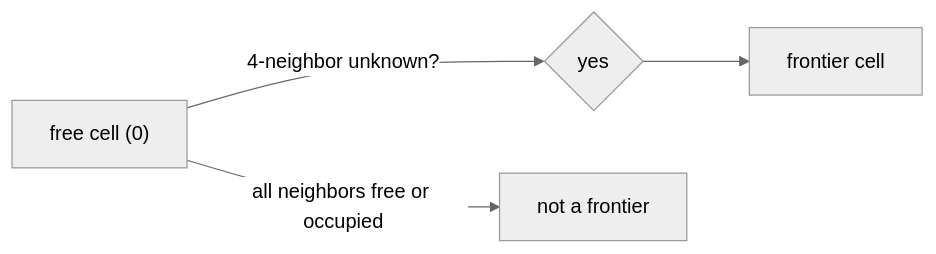
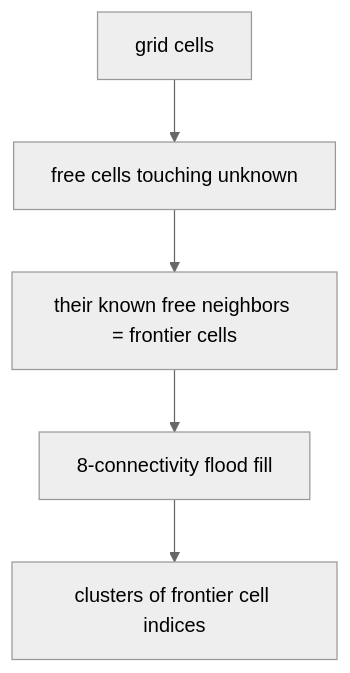
One commit to Boston-Robot-Hackers/dome_nav changed the diagram in 01-literate/06-frontier_explorer.md. Above: the diagram before and after it, drawn with Mermaid (neutral theme). The commit also changed other lines of this file and 11 other files, not shown here.

````diff
--- a/01-literate/06-frontier_explorer.md
+++ b/01-literate/06-frontier_explorer.md
@@ -22,6 +92,7 @@
 ```mermaid
-flowchart LR
-    A["free cell (0)"] -->|4-neighbor unknown?| B{yes}
-    B --> C[frontier cell]
-    A -->|all neighbors free or occupied| D[not a frontier]
+flowchart TD
+    A[grid cells] --> B[free cells touching unknown]
+    B --> C[their known free neighbors = frontier cells]
+    C --> D[8-connectivity flood fill]
+    D --> E[clusters of frontier cell indices]
 ```
````
